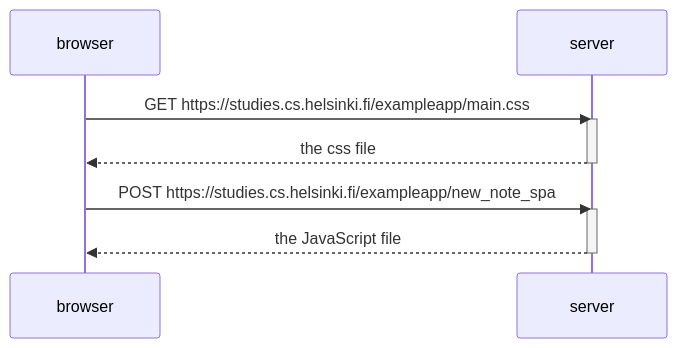
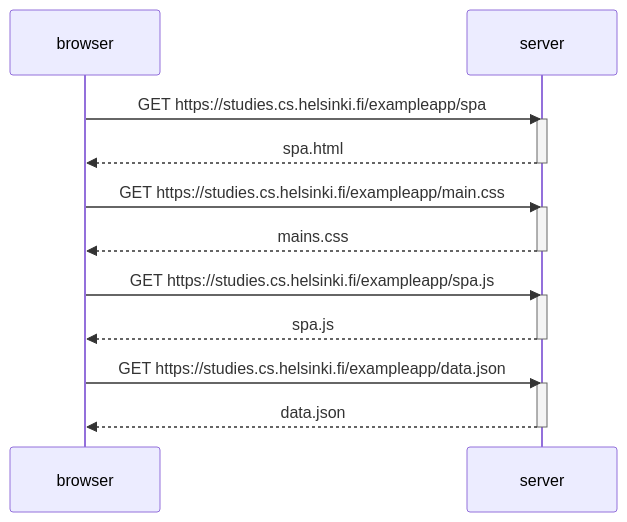
Before and after one commit to otaviopiton/Fullstackopen_submissions: the diagram in part0/0.5 Single page app diagram.md, drawn with Mermaid.

Commit message:
Update SPA diagram with correct file names

````diff
--- a/part0/0.5 Single page app diagram.md
+++ b/part0/0.5 Single page app diagram.md
@@ -1,15 +1,25 @@
 ```mermaid
 sequenceDiagram
     participant browser
     participant server
 
+    browser->>server: GET https://studies.cs.helsinki.fi/exampleapp/spa
+    activate server
+    server-->>browser: spa.html
+    deactivate server
+
     browser->>server: GET https://studies.cs.helsinki.fi/exampleapp/main.css
     activate server
-    server-->>browser: the css file
+    server-->>browser: mains.css
     deactivate server
 
-    browser->>server: POST https://studies.cs.helsinki.fi/exampleapp/new_note_spa
+    browser->>server: GET https://studies.cs.helsinki.fi/exampleapp/spa.js
     activate server
-    server-->>browser: the JavaScript file
+    server-->>browser: spa.js
+    deactivate server
+
+    browser->>server: GET https://studies.cs.helsinki.fi/exampleapp/data.json
+    activate server
+    server-->>browser: data.json
     deactivate server
 ```
````
